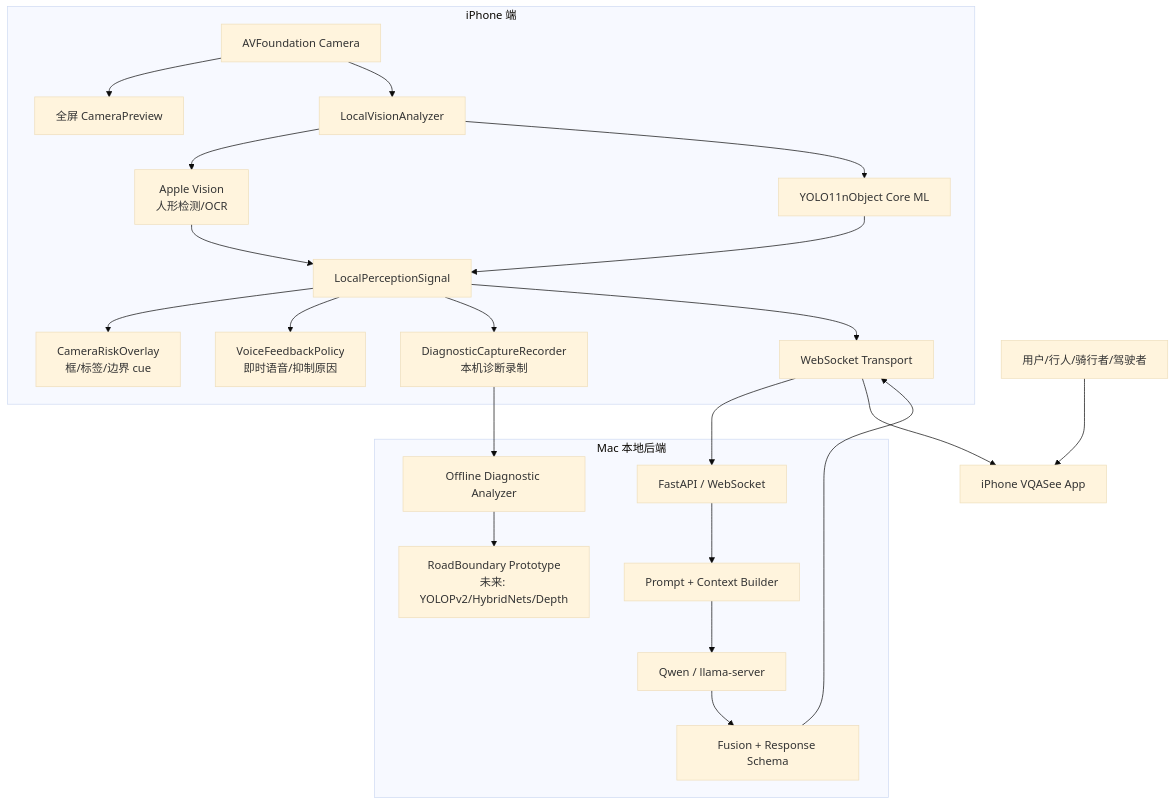
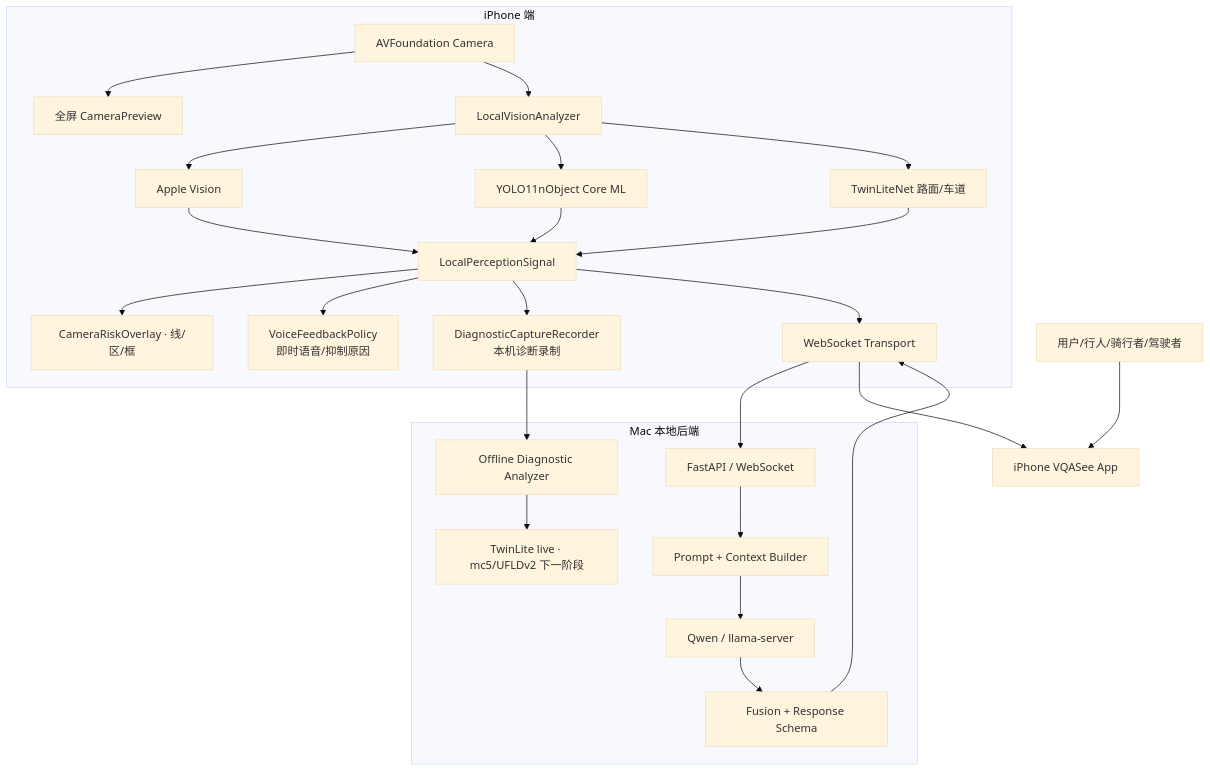
One commit to ynshi57/onepiece changed the first of 12 diagrams in docs/architecture/vqasee-system-and-flow-graphs.md. Above: the diagram before and after it, drawn with Mermaid (base theme). The commit also changed other lines of this file and 60 other files, not shown here.

````diff
--- a/docs/architecture/vqasee-system-and-flow-graphs.md
+++ b/docs/architecture/vqasee-system-and-flow-graphs.md
@@ -9,45 +9,48 @@
 ```mermaid
 graph TD
     U[用户/行人/骑行者/驾驶者] --> IOS[iPhone VQASee App]
 
     subgraph IOS_APP[iPhone 端]
         CAM[AVFoundation Camera]
         PREVIEW[全屏 CameraPreview]
         LOCAL[LocalVisionAnalyzer]
         YOLO[YOLO11nObject Core ML]
-        VISION[Apple Vision<br/>人形检测/OCR]
+        TWIN[TwinLiteNet 路面/车道]
+        VISION[Apple Vision]
         SIGNAL[LocalPerceptionSignal]
-        OVERLAY[CameraRiskOverlay<br/>框/标签/边界 cue]
+        OVERLAY[CameraRiskOverlay · 线/区/框]
         VOICE[VoiceFeedbackPolicy<br/>即时语音/抑制原因]
         REC[DiagnosticCaptureRecorder<br/>本机诊断录制]
         WS[WebSocket Transport]
     end
 
     subgraph MAC[Mac 本地后端]
         API[FastAPI / WebSocket]
         PROMPT[Prompt + Context Builder]
         QWEN[Qwen / llama-server]
         FUSION[Fusion + Response Schema]
         OFFLINE[Offline Diagnostic Analyzer]
-        ROAD[RoadBoundary Prototype<br/>未来: YOLOPv2/HybridNets/Depth]
+        ROAD[TwinLite live · mc5/UFLDv2 下一阶段]
     end
 
     CAM --> PREVIEW
     CAM --> LOCAL
     LOCAL --> VISION
     LOCAL --> YOLO
+    LOCAL --> TWIN
     VISION --> SIGNAL
     YOLO --> SIGNAL
+    TWIN --> SIGNAL
     SIGNAL --> OVERLAY
     SIGNAL --> VOICE
     SIGNAL --> REC
     SIGNAL --> WS
     WS --> API
     API --> PROMPT
     PROMPT --> QWEN
     QWEN --> FUSION
     FUSION --> WS
     WS --> IOS
     REC --> OFFLINE
     OFFLINE --> ROAD
 ```
````
